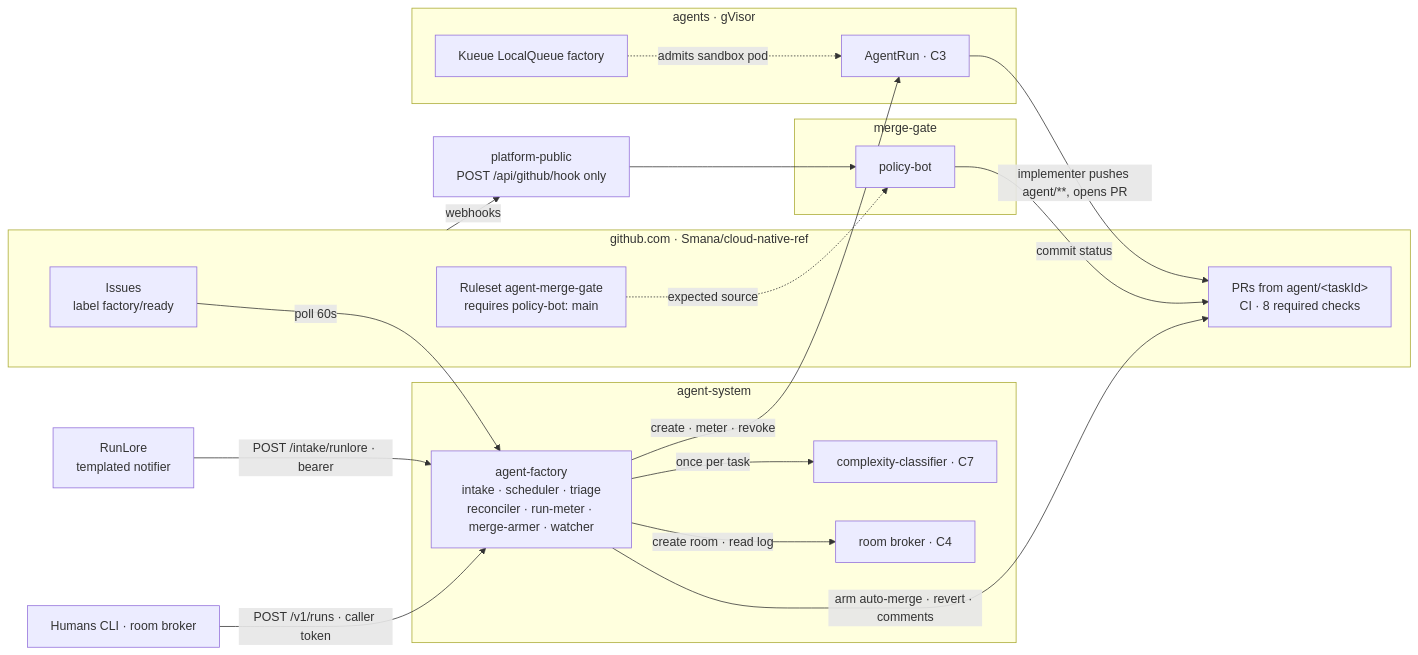
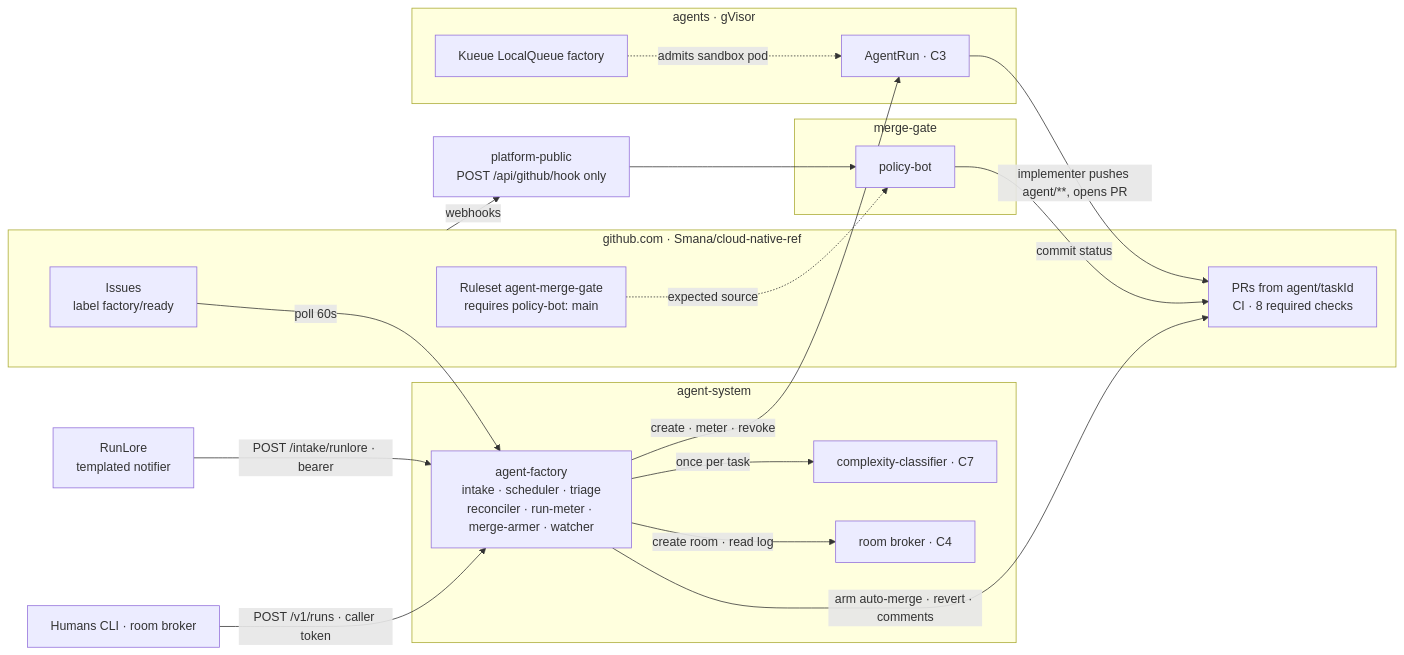
The first of 3 diagrams in docs/superpowers/specs/2026-09-23-agent-dark-factory-design.md (Smana/cloud-native-ref), drawn with Mermaid before and after one commit.

Commit message:
docs(superpowers): stop SP3's architecture diagram swallowing taskId
GitHub decodes &lt;taskId&gt; before Mermaid parses the label, which then renders as "PRs from agent/" with the placeholder eaten as an HTML tag (checked with mermaid-cli).

````diff
--- a/docs/superpowers/specs/2026-09-23-agent-dark-factory-design.md
+++ b/docs/superpowers/specs/2026-09-23-agent-dark-factory-design.md
@@ -46,35 +46,35 @@
 ```mermaid
 flowchart LR
   subgraph GH["github.com · Smana/cloud-native-ref"]
     ISS[Issues<br/>label factory/ready]
-    PR[PRs from agent/&lt;taskId&gt;<br/>CI · 8 required checks]
+    PR[PRs from agent/taskId<br/>CI · 8 required checks]
     RS[Ruleset agent-merge-gate<br/>requires policy-bot: main]
   end
   RL[RunLore<br/>templated notifier]
   subgraph SYS["agent-system"]
     FAC[agent-factory<br/>intake · scheduler · triage<br/>reconciler · run-meter · merge-armer · watcher]
     CLS[complexity-classifier · C7]
     ROOM[room broker · C4]
   end
   subgraph MG["merge-gate"]
     PB[policy-bot]
   end
   subgraph RUNS["agents · gVisor"]
     KQ[Kueue LocalQueue factory]
     AR[AgentRun · C3]
   end
   PUB[platform-public<br/>POST /api/github/hook only]
 
   ISS -- poll 60s --> FAC
   RL -- POST /intake/runlore · bearer --> FAC
   FAC -- once per task --> CLS
   FAC -- create room · read log --> ROOM
   FAC -- create · meter · revoke --> AR
   HUM[Humans CLI · room broker] -- POST /v1/runs · caller token --> FAC
   KQ -. admits sandbox pod .-> AR
   AR -- implementer pushes agent/**, opens PR --> PR
   GH -- webhooks --> PUB --> PB
   PB -- commit status --> PR
   RS -. expected source .-> PB
   FAC -- arm auto-merge · revert · comments --> PR
 ```
````
